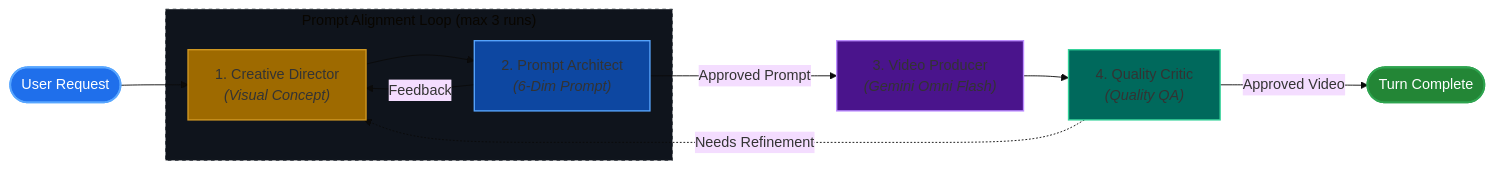
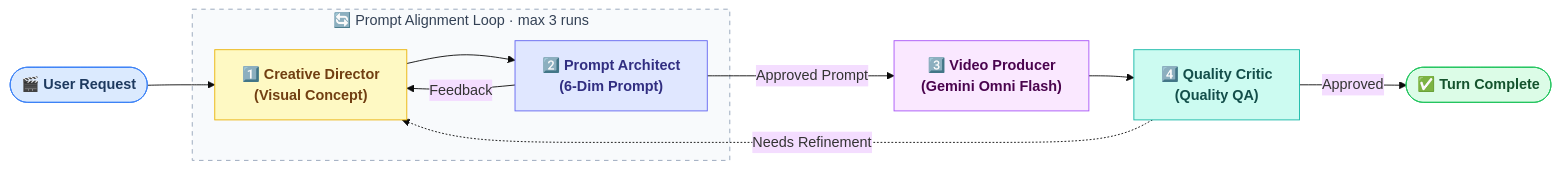
One commit to jggomez/vibe-video-gemini-omni changed the second of 2 diagrams in README.md. Above: the diagram before and after it, drawn with Mermaid (base theme). The commit also changed 8 other files, not shown here.

First line of the commit message:
feat: add ADK agent skills and fix pipeline diagram colors

````diff
--- a/README.md
+++ b/README.md
@@ -72,41 +72,29 @@
 ```mermaid
 flowchart LR
-    %% Nodes
-    Start([User Request])
-    Director["1. Creative Director<br><i>(Visual Concept)</i>"]
-    Architect["2. Prompt Architect<br><i>(6-Dim Prompt)</i>"]
-    Producer["3. Video Producer<br><i>(Gemini Omni Flash)</i>"]
-    Critic["4. Quality Critic<br><i>(Quality QA)</i>"]
-    Done([Turn Complete])
+    Start([" 🎬 User Request "])
+    Director["1️⃣ Creative Director\n(Visual Concept)"]
+    Architect["2️⃣ Prompt Architect\n(6-Dim Prompt)"]
+    Producer["3️⃣ Video Producer\n(Gemini Omni Flash)"]
+    Critic["4️⃣ Quality Critic\n(Quality QA)"]
+    Done([" ✅ Turn Complete "])
 
-    %% Flow Connections
     Start --> Director
-    
-    subgraph InnerLoop ["Prompt Alignment Loop (max 3 runs)"]
+
+    subgraph InnerLoop ["🔄 Prompt Alignment Loop  ·  max 3 runs"]
         Director --> Architect
         Architect -->|Feedback| Director
     end
 
     Architect -->|Approved Prompt| Producer
     Producer --> Critic
-    
-    Critic -->|Approved Video| Done
+    Critic -->|Approved| Done
     Critic -.->|Needs Refinement| Director
 
-    %% Styles via classDef (GitHub Compatible)
-    classDef startNode fill:#1f6feb,stroke:#58a6ff,color:#ffffff,stroke-width:2px;
-    classDef doneNode fill:#238636,stroke:#2ea44f,color:#ffffff,stroke-width:2px;
-    classDef dirNode fill:#9e6a00,stroke:#d29922,color:#ffffff !important,stroke-width:1.5px;
-    classDef archNode fill:#0d47a1,stroke:#58a6ff,color:#ffffff !important,stroke-width:1.5px;
-    classDef prodNode fill:#4a148c,stroke:#bc8cff,color:#ffffff !important,stroke-width:1.5px;
-    classDef criticNode fill:#00695c,stroke:#34d399,color:#ffffff !important,stroke-width:1.5px;
-    classDef inner fill:#0f141c,stroke:#30363d,stroke-width:1px,stroke-dasharray: 4 4;
-
-    class Start startNode;
-    class Done doneNode;
-    class Director dirNode;
-    class Architect archNode;
-    class Producer prodNode;
-    class Critic criticNode;
-    class InnerLoop inner;
+    style Start      fill:#dbeafe,stroke:#3b82f6,color:#1e3a5f,font-weight:bold
+    style Done       fill:#dcfce7,stroke:#22c55e,color:#14532d,font-weight:bold
+    style Director   fill:#fef9c3,stroke:#eab308,color:#713f12,font-weight:bold
+    style Architect  fill:#e0e7ff,stroke:#6366f1,color:#312e81,font-weight:bold
+    style Producer   fill:#fae8ff,stroke:#a855f7,color:#4a044e,font-weight:bold
+    style Critic     fill:#ccfbf1,stroke:#14b8a6,color:#134e4a,font-weight:bold
+    style InnerLoop  fill:#f8fafc,stroke:#94a3b8,color:#334155,stroke-dasharray:5 5
 ```
````
